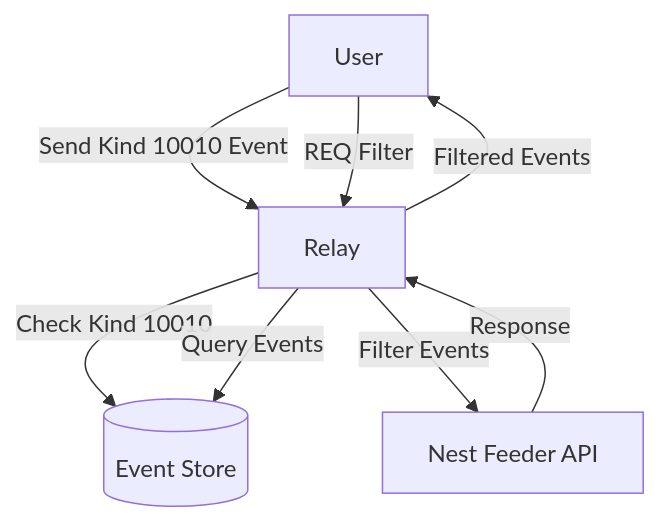
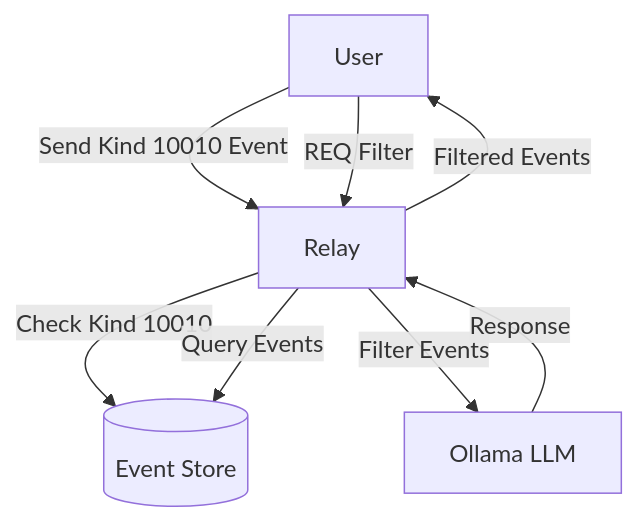
Before and after one commit to HORNET-Storage/HORNETS-Nostr-Relay: the diagram in lib/handlers/nostr/contentfilter/README.md, drawn with Mermaid. The commit also changed other lines of this file and 4 other files, not shown here.

Commit message:
Replace Nest Feeder API with direct Ollama integration for content filtering

````diff
--- a/lib/handlers/nostr/contentfilter/README.md
+++ b/lib/handlers/nostr/contentfilter/README.md
@@ -9,10 +9,10 @@
 ```mermaid
 flowchart TD
     User[User] -->|Send Kind 10010 Event| Relay[Relay]
     User -->|REQ Filter| Relay
     Relay -->|Check Kind 10010| Store[(Event Store)]
     Relay -->|Query Events| Store
-    Relay -->|Filter Events| NestFeeder[Nest Feeder API]
-    NestFeeder -->|Response| Relay
+    Relay -->|Filter Events| Ollama[Ollama LLM]
+    Ollama -->|Response| Relay
     Relay -->|Filtered Events| User
 ```
````
